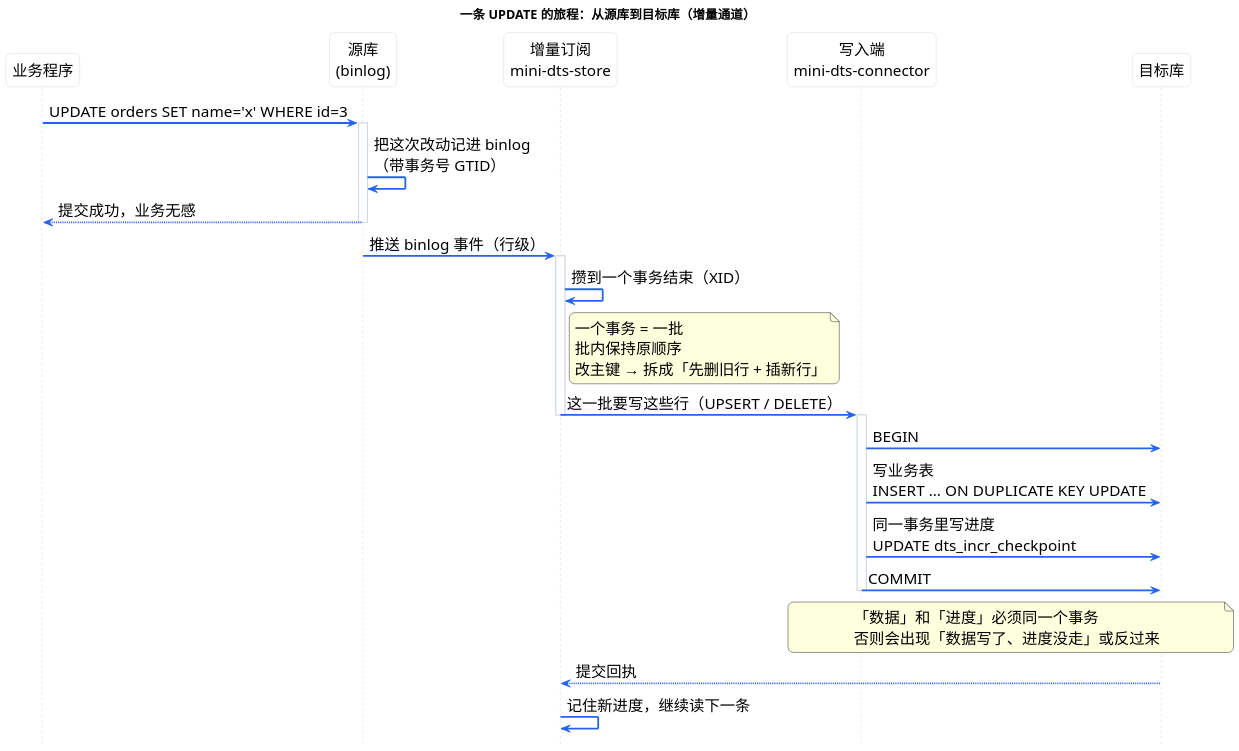
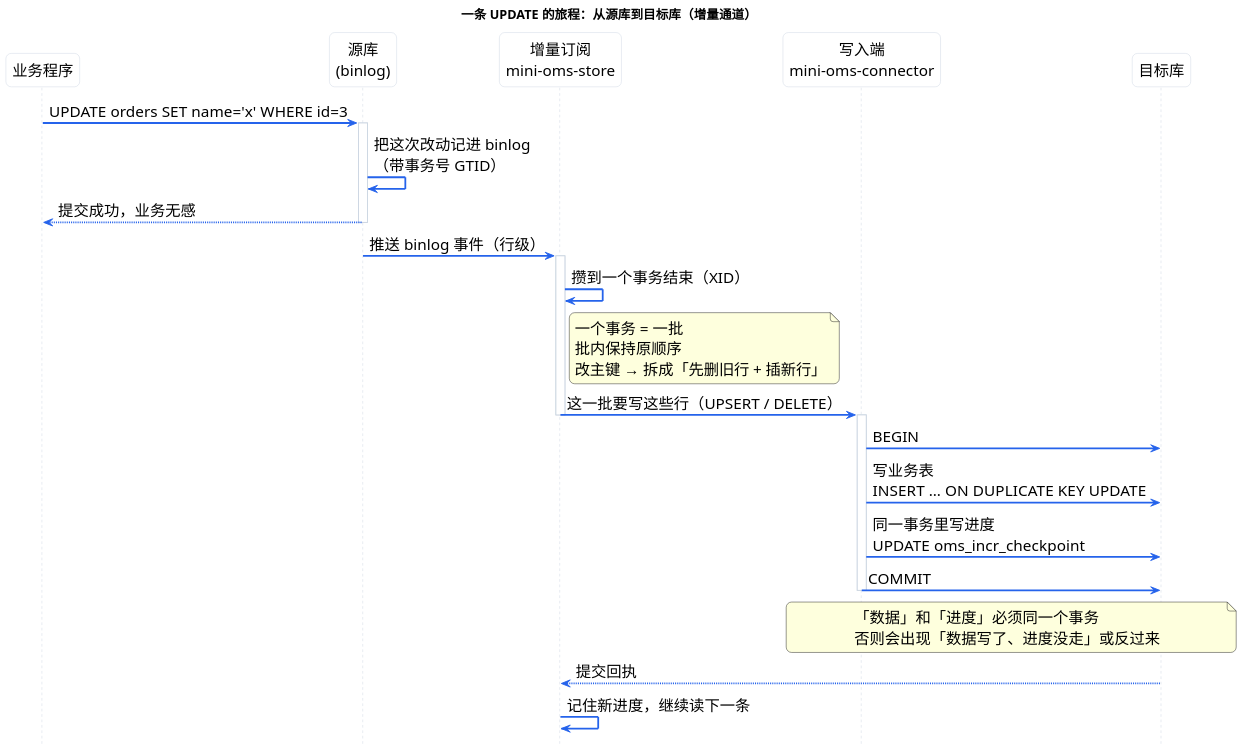
The diagram in assets/puml/fig2-row-journey.puml (manyyuri/mini-dts), drawn with PlantUML before and after one commit. The commit also changed 225 other files, not shown here.

First line of the commit message:
refactor: 项目更名 mini-dts → mini-oms，去掉「阿里云 DTS/OMS」命名残留

```diff
--- a/assets/puml/fig2-row-journey.puml
+++ b/assets/puml/fig2-row-journey.puml
@@ -1,58 +1,58 @@
 @startuml
 skinparam dpi 160
 skinparam defaultFontName "PingFang SC"
 skinparam defaultFontSize 17
 skinparam shadowing false
 skinparam roundcorner 12
 skinparam sequenceArrowThickness 2
 skinparam ParticipantPadding 26
 skinparam BoxPadding 18
 skinparam sequence {
   LifeLineBorderColor #cbd5e1
   ParticipantBorderColor #cbd5e1
   ParticipantBackgroundColor #ffffff
   ArrowColor #2563eb
   NoteBackgroundColor #fef3c7
   NoteBorderColor #fbbf24
 }
 hide footbox
 title 一条 UPDATE 的旅程：从源库到目标库（增量通道）
 
 participant "业务程序" as APP
 participant "源库\n(binlog)" as SRC
-participant "增量订阅\nmini-dts-store" as STORE
-participant "写入端\nmini-dts-connector" as SINK
+participant "增量订阅\nmini-oms-store" as STORE
+participant "写入端\nmini-oms-connector" as SINK
 participant "目标库" as TGT
 
 APP -> SRC : UPDATE orders SET name='x' WHERE id=3
 activate SRC
 SRC -> SRC : 把这次改动记进 binlog\n（带事务号 GTID）
 SRC --> APP : 提交成功，业务无感
 deactivate SRC
 
 SRC -> STORE : 推送 binlog 事件（行级）
 activate STORE
 STORE -> STORE : 攒到一个事务结束（XID）
 note right of STORE
   一个事务 = 一批
   批内保持原顺序
   改主键 → 拆成「先删旧行 + 插新行」
 end note
 STORE -> SINK : 这一批要写这些行（UPSERT / DELETE）
 deactivate STORE
 
 activate SINK
 SINK -> TGT : BEGIN
 SINK -> TGT : 写业务表\nINSERT … ON DUPLICATE KEY UPDATE
-SINK -> TGT : 同一事务里写进度\nUPDATE dts_incr_checkpoint
+SINK -> TGT : 同一事务里写进度\nUPDATE oms_incr_checkpoint
 SINK -> TGT : COMMIT
 deactivate SINK
 
 note over SINK, TGT
   「数据」和「进度」必须同一个事务
   否则会出现「数据写了、进度没走」或反过来
 end note
 
 TGT --> STORE : 提交回执
 STORE -> STORE : 记住新进度，继续读下一条
 @enduml
```
